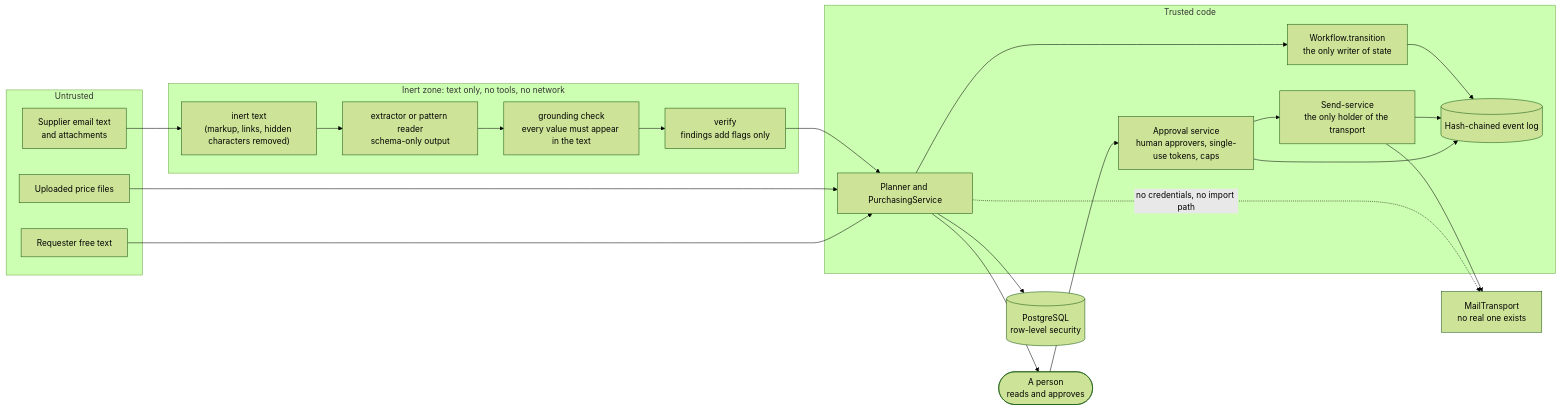
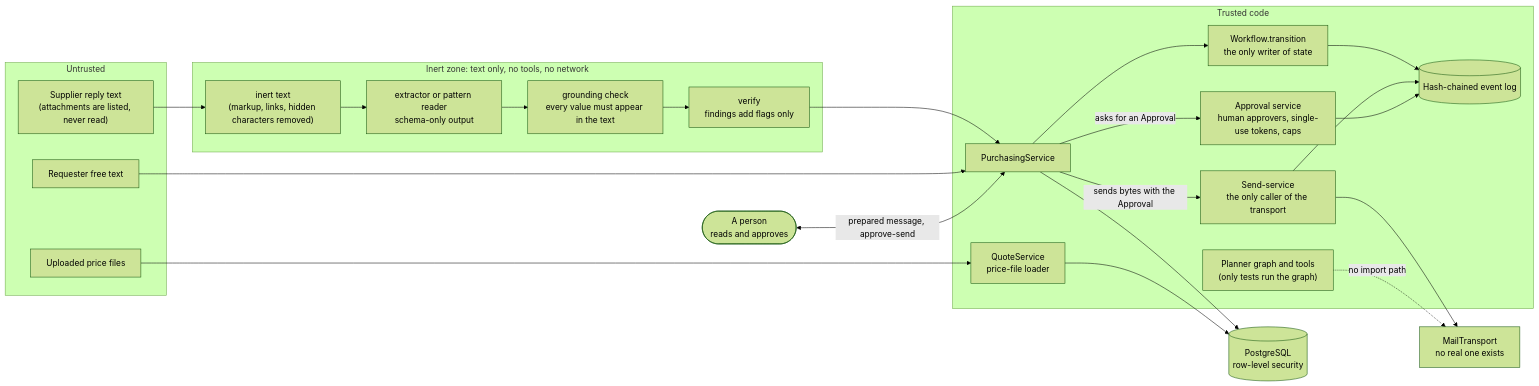
One commit to emre-akarsu/ai-commerce-ideas changed the diagram in docs/technical/06-security-and-trust.md. Above: the diagram before and after it, drawn with Mermaid (forest theme). The commit also changed other lines of this file and 15 other files, not shown here.

````diff
--- a/docs/technical/06-security-and-trust.md
+++ b/docs/technical/06-security-and-trust.md
@@ -7,34 +9,39 @@
 ```mermaid
 flowchart LR
   subgraph untrusted["Untrusted"]
-    ven["Supplier email text<br/>and attachments"]
+    ven["Supplier reply text<br/>(attachments are listed, never read)"]
     pf["Uploaded price files"]
     ut["Requester free text"]
   end
   subgraph inert["Inert zone: text only, no tools, no network"]
     ine["inert text<br/>(markup, links, hidden characters removed)"]
     ext["extractor or pattern reader<br/>schema-only output"]
     gr["grounding check<br/>every value must appear in the text"]
     vf["verify<br/>findings add flags only"]
   end
   subgraph core["Trusted code"]
     wf["Workflow.transition<br/>the only writer of state"]
-    pl["Planner and PurchasingService"]
+    ps["PurchasingService"]
+    qs["QuoteService<br/>price-file loader"]
+    gph["Planner graph and tools<br/>(only tests run the graph)"]
     ap["Approval service<br/>human approvers, single-use tokens, caps"]
-    ss["Send-service<br/>the only holder of the transport"]
+    ss["Send-service<br/>the only caller of the transport"]
     ev[("Hash-chained event log")]
   end
   hum(["A person<br/>reads and approves"])
   tr["MailTransport<br/>no real one exists"]
   db[("PostgreSQL<br/>row-level security")]
-  ven --> ine --> ext --> gr --> vf --> pl
-  pf --> pl
-  ut --> pl
-  pl --> wf --> ev
-  pl --> hum
-  hum --> ap --> ss --> tr
-  pl -.->|"no credentials, no import path"| tr
-  pl --> db
+  ven --> ine --> ext --> gr --> vf --> ps
+  pf --> qs
+  ut --> ps
+  ps --> wf --> ev
+  hum <-->|"prepared message, approve-send"| ps
+  ps -->|"asks for an Approval"| ap
+  ps -->|"sends bytes with the Approval"| ss
+  ss --> tr
+  gph -.->|"no import path"| tr
+  ps --> db
+  qs --> db
   ss --> ev
   ap --> ev
 ```
````
